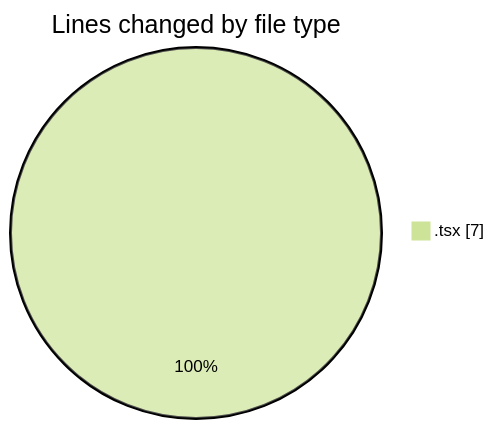
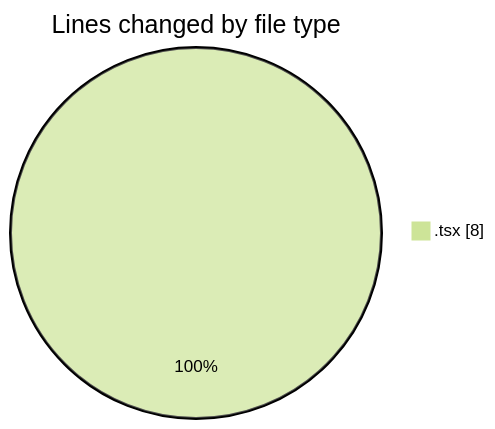
The first of 2 diagrams in 2026-06-12/nxtqube_webapp/README.md (nxtqubesakshisongat/code-tracking), drawn with Mermaid (forest theme) before and after one commit. The commit also changed other lines of this file and 1 other file, not shown here.

````diff
--- a/2026-06-12/nxtqube_webapp/README.md
+++ b/2026-06-12/nxtqube_webapp/README.md
@@ -20,5 +20,5 @@
 ```mermaid
 pie showData
 title Lines changed by file type
-".tsx" : 7
+".tsx" : 8
 ```
````
